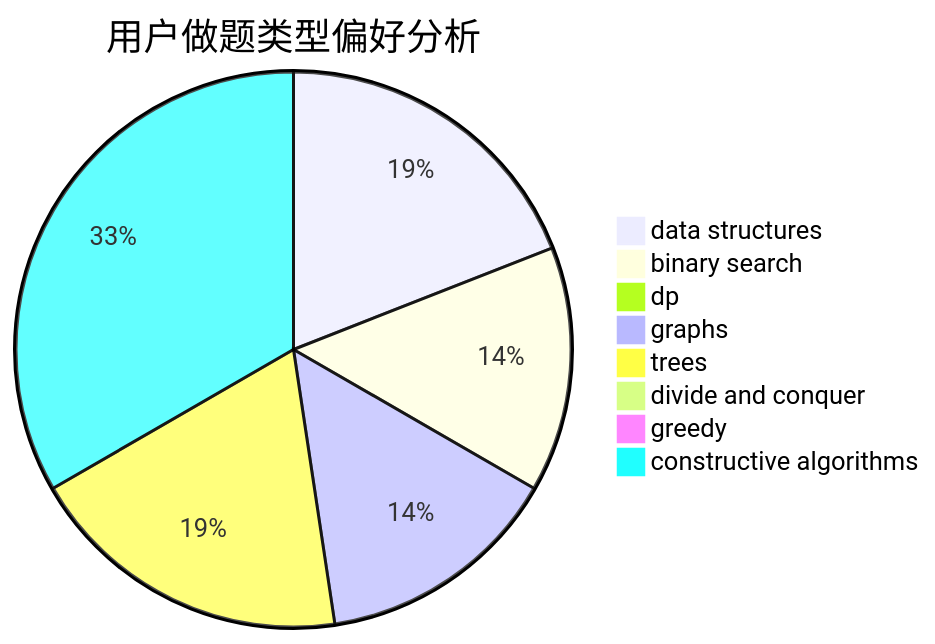
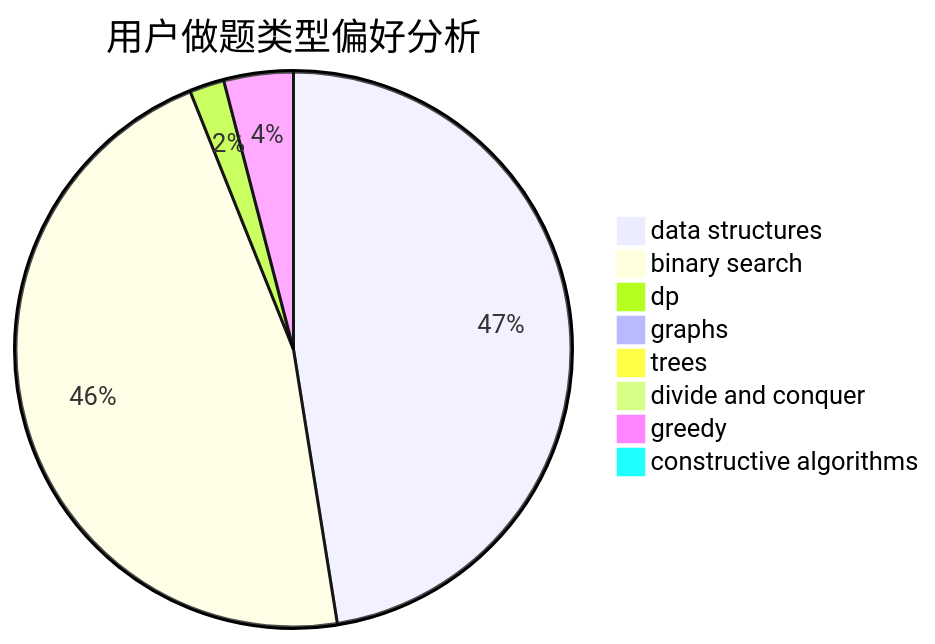
One commit to sherpahu/cfrs.github.io changed the second of 3 diagrams in docs/user/u284.md. Above: the diagram before and after it, drawn with Mermaid. The commit also changed other lines of this file and 2770 other files, not shown here.

````diff
--- a/docs/user/u284.md
+++ b/docs/user/u284.md
@@ -23,11 +23,11 @@
 ```mermaid
 pie title 用户做题类型偏好分析
-    "data structures" :  4
-    "binary search" :  3
-    "dp" :  0
-    "graphs" :  3
-    "trees" :  4
+    "data structures" :  47
+    "binary search" :  46
+    "dp" :  2
+    "graphs" :  0
+    "trees" :  0
     "divide and conquer" :  0
-    "greedy" :  0
-    "constructive algorithms" :  7
+    "greedy" :  4
+    "constructive algorithms" :  0
 ```
````
